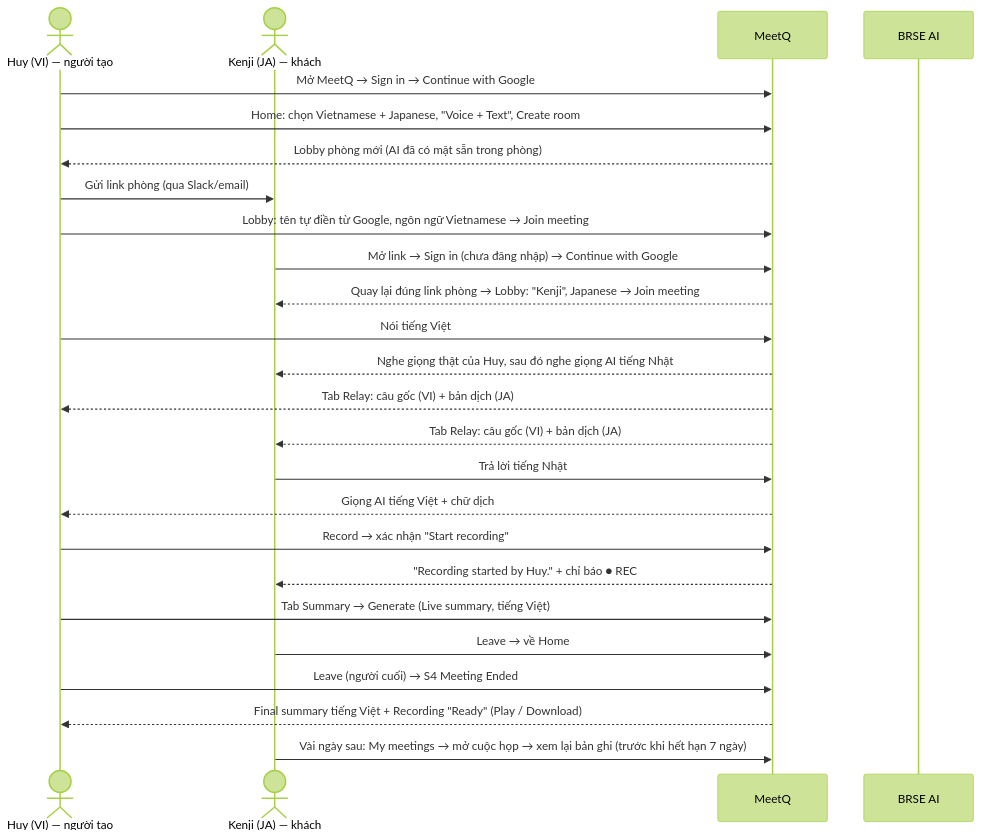
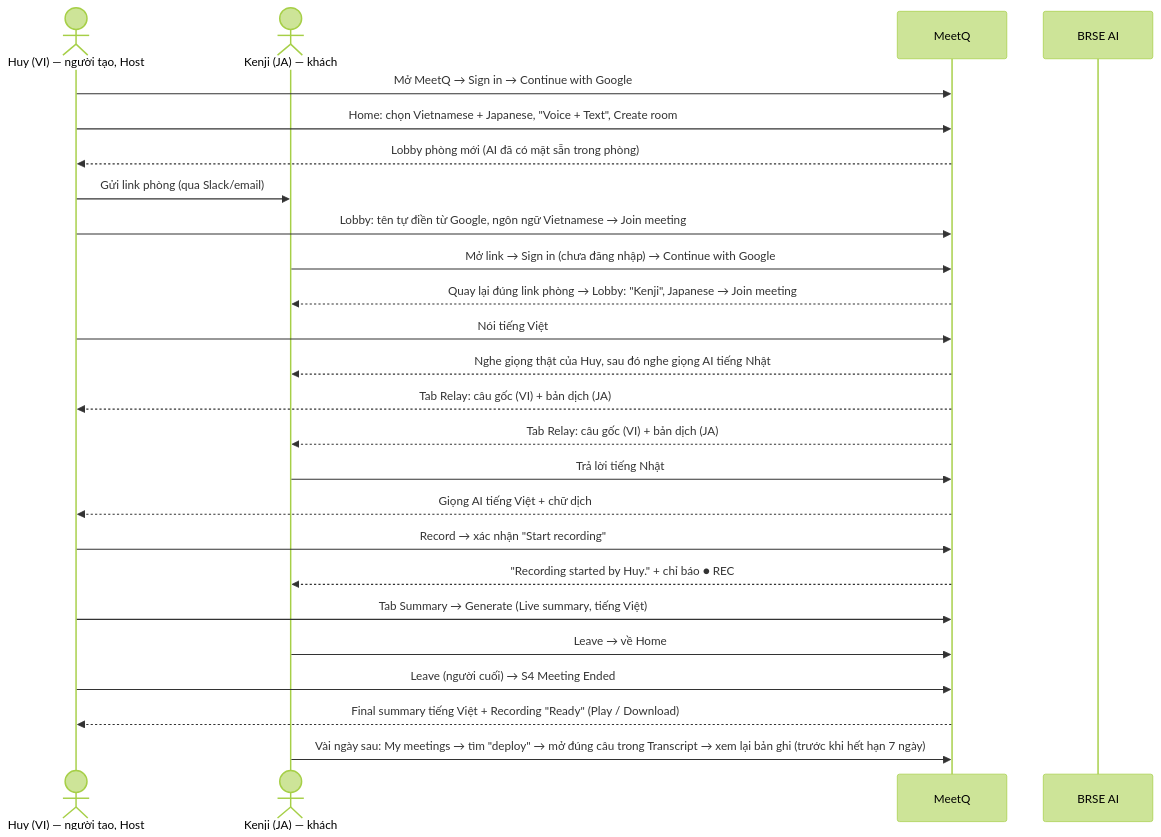
Before and after one commit to Huy-8bit/MeetQ: the eighth of 8 diagrams in docs/system-design/03-product-features-and-workflows.md, drawn with Mermaid (forest theme). The commit also changed other lines of this file and 107 other files, not shown here.

````diff
--- a/docs/system-design/03-product-features-and-workflows.md
+++ b/docs/system-design/03-product-features-and-workflows.md
@@ -670,28 +723,28 @@
 ```mermaid
 sequenceDiagram
-    actor H as Huy (VI) — người tạo
+    actor H as Huy (VI) — người tạo, Host
     actor K as Kenji (JA) — khách
     participant M as MeetQ
     participant AI as BRSE AI
 
     H->>M: Mở MeetQ → Sign in → Continue with Google
     H->>M: Home: chọn Vietnamese + Japanese, "Voice + Text", Create room
     M-->>H: Lobby phòng mới (AI đã có mặt sẵn trong phòng)
     H->>K: Gửi link phòng (qua Slack/email)
     H->>M: Lobby: tên tự điền từ Google, ngôn ngữ Vietnamese → Join meeting
     K->>M: Mở link → Sign in (chưa đăng nhập) → Continue with Google
     M-->>K: Quay lại đúng link phòng → Lobby: "Kenji", Japanese → Join meeting
     H->>M: Nói tiếng Việt
     M-->>K: Nghe giọng thật của Huy, sau đó nghe giọng AI tiếng Nhật
     M-->>H: Tab Relay: câu gốc (VI) + bản dịch (JA)
     M-->>K: Tab Relay: câu gốc (VI) + bản dịch (JA)
     K->>M: Trả lời tiếng Nhật
     M-->>H: Giọng AI tiếng Việt + chữ dịch
     H->>M: Record → xác nhận "Start recording"
     M-->>K: "Recording started by Huy." + chỉ báo ● REC
     H->>M: Tab Summary → Generate (Live summary, tiếng Việt)
     K->>M: Leave → về Home
     H->>M: Leave (người cuối) → S4 Meeting Ended
     M-->>H: Final summary tiếng Việt + Recording "Ready" (Play / Download)
-    K->>M: Vài ngày sau: My meetings → mở cuộc họp → xem lại bản ghi (trước khi hết hạn 7 ngày)
+    K->>M: Vài ngày sau: My meetings → tìm "deploy" → mở đúng câu trong Transcript → xem lại bản ghi (trước khi hết hạn 7 ngày)
 ```
````
